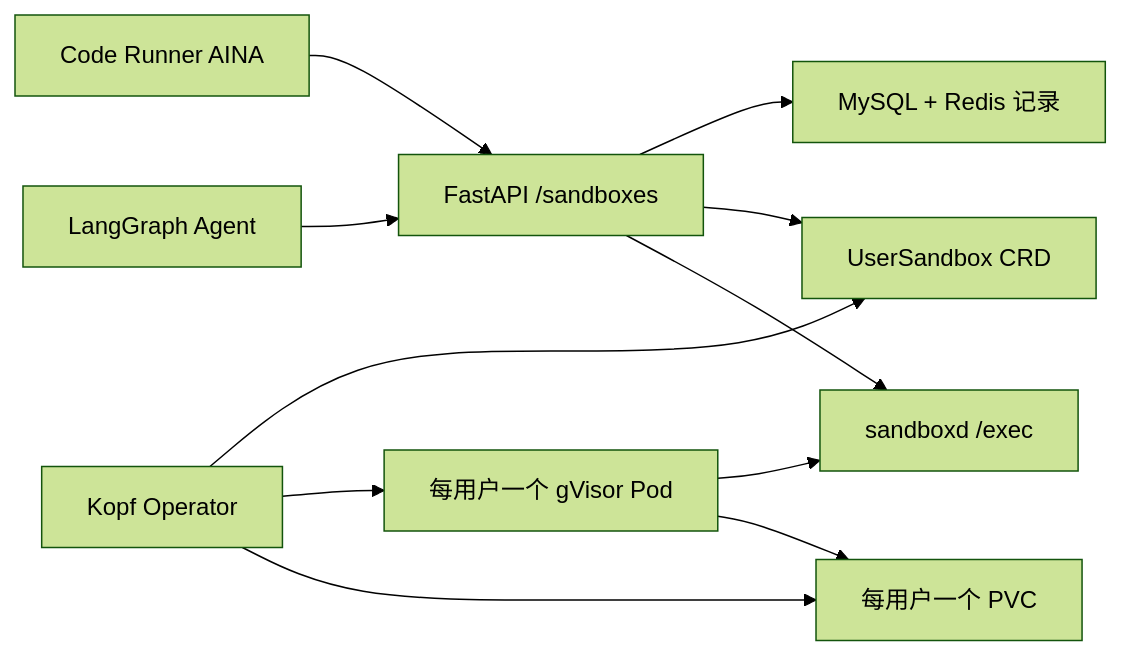
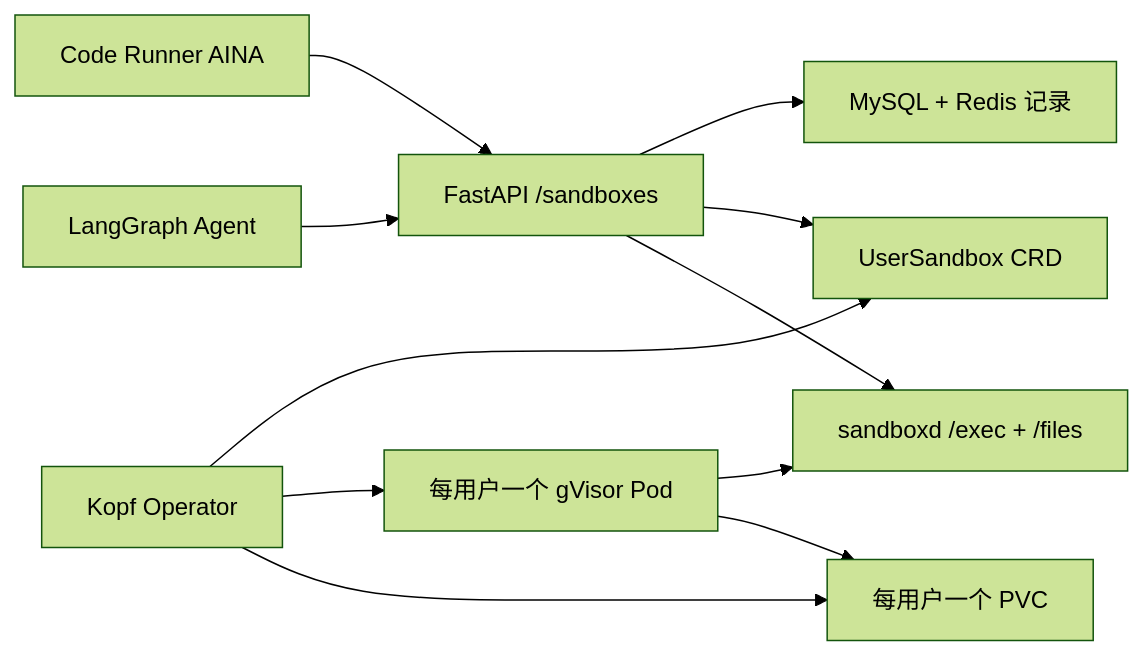
The diagram in docs/sandbox-platform.md (Tianzhou-Agent/Unibot), drawn with Mermaid (forest theme) before and after one commit. The commit also changed other lines of this file and 30 other files, not shown here.

````diff
--- a/docs/sandbox-platform.md
+++ b/docs/sandbox-platform.md
@@ -15,13 +15,13 @@
 ```mermaid
 flowchart LR
     UI["Code Runner AINA"] --> API["FastAPI /sandboxes"]
     Agent["LangGraph Agent"] --> API
     API --> Repo["MySQL + Redis 记录"]
     API --> CR["UserSandbox CRD"]
     Operator["Kopf Operator"] --> CR
     Operator --> Pod["每用户一个 gVisor Pod"]
     Operator --> PVC["每用户一个 PVC"]
-    API --> Sandboxd["sandboxd /exec"]
+    API --> Sandboxd["sandboxd /exec + /files"]
     Pod --> Sandboxd
     Pod --> PVC
 ```
````
